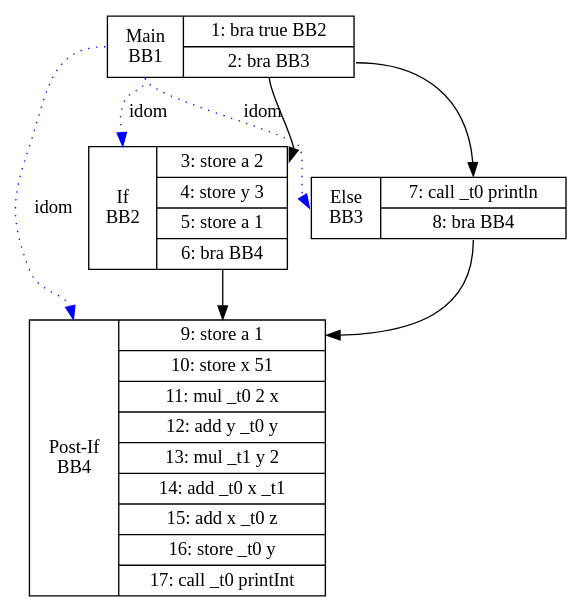
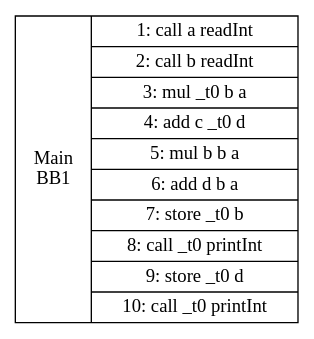
The diagram in graphs/PA7/test000_cfg.dot (CoralRocker/CSCE434-Charlotte-Gaultier), drawn with Graphviz before and after one commit. The commit also changed 27 other files, not shown here.

```diff
--- a/graphs/PA7/test000_cfg.dot
+++ b/graphs/PA7/test000_cfg.dot
@@ -1,34 +1,14 @@
 digraph G {
 bb1 [shape=record, label="<B> Main \n BB1 | {<entry>
-	1: bra true BB2 
-|<exit>	2: bra BB3 
+	1: call a readInt 
+|	2: call b readInt 
+|	3: mul _t0 b a 
+|	4: add c _t0 d 
+|	5: mul b b a 
+|	6: add d b a 
+|	7: store _t0 b 
+|	8: call _t0 printInt 
+|	9: store _t0 d 
+|<exit>	10: call _t0 printInt 
 }"];
-bb1:exit -> bb2:entry
-bb1:exit -> bb3:entry
-bb2 [shape=record, label="<B> If \n BB2 | {<entry>
-	3: store a 2 
-|	4: store y 3 
-|	5: store a 1 
-|<exit>	6: bra BB4 
-}"];
-bb2:exit -> bb4:entry
-bb1:B -> bb2:B [style=dotted, color=blue, label=idom];
-bb3 [shape=record, label="<B> Else \n BB3 | {<entry>
-	7: call _t0 println 
-|<exit>	8: bra BB4 
-}"];
-bb3:exit -> bb4:entry
-bb1:B -> bb3:B [style=dotted, color=blue, label=idom];
-bb4 [shape=record, label="<B> Post-If \n BB4 | {<entry>
-	9: store a 1 
-|	10: store x 51 
-|	11: mul _t0 2 x 
-|	12: add y _t0 y 
-|	13: mul _t1 y 2 
-|	14: add _t0 x _t1 
-|	15: add x _t0 z 
-|	16: store _t0 y 
-|<exit>	17: call _t0 printInt 
-}"];
-bb1:B -> bb4:B [style=dotted, color=blue, label=idom];
 }
```
